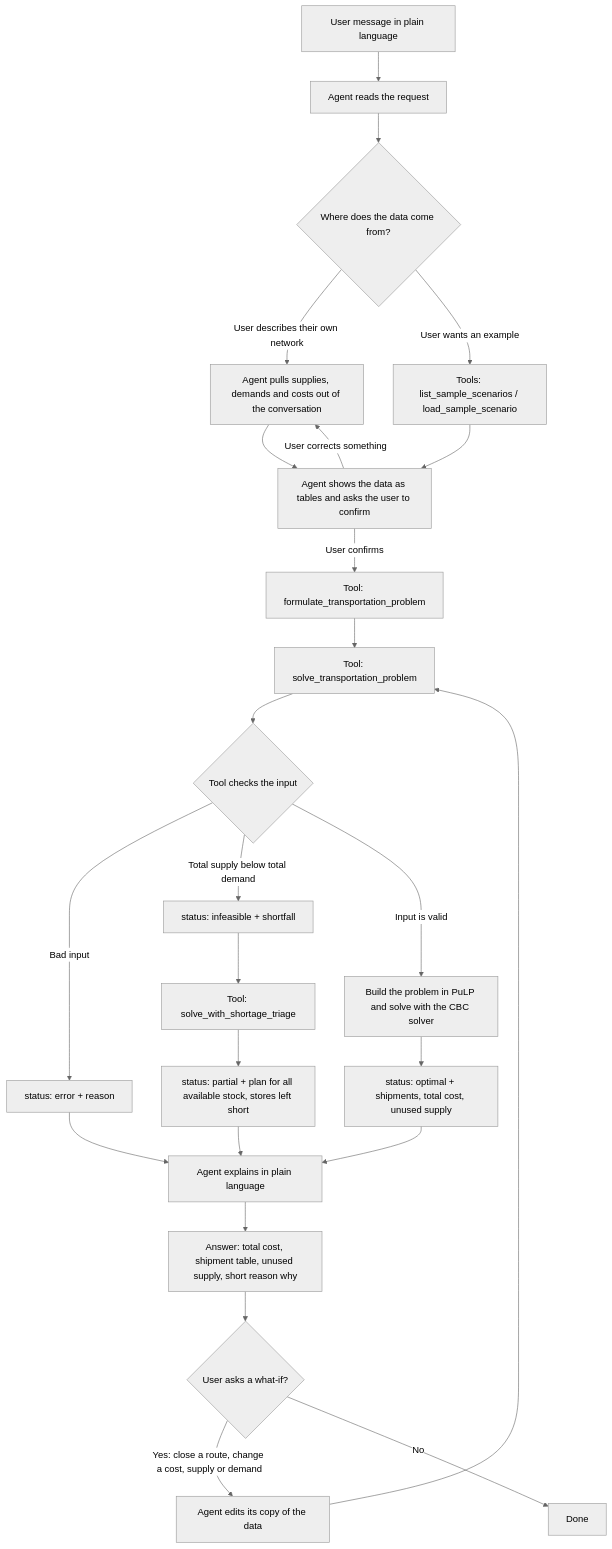
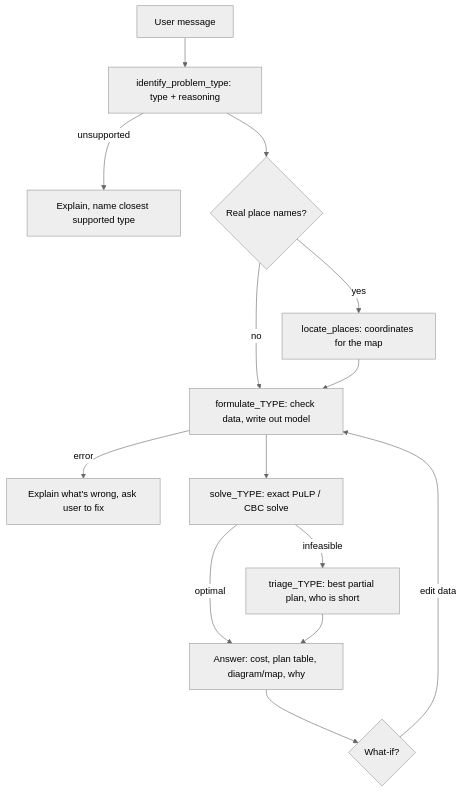
Before and after one commit to ibipul/agentic_logistic_handler: the second of 2 diagrams in README.md, drawn with Mermaid (neutral theme). The commit also changed other lines of this file and 16 other files, not shown here.

First line of the commit message:
Generalize the agent to four logistics problem types, with network diagram and map

````diff
--- a/README.md
+++ b/README.md
@@ -100,27 +155,16 @@
 ```mermaid
 flowchart TD
-    U[User message in plain language] --> A[Agent reads the request]
-    A --> D{Where does the data come from?}
-    D -->|User describes their own network| P[Agent pulls supplies, demands and costs out of the conversation]
-    D -->|User wants an example| S[Tools: list_sample_scenarios / load_sample_scenario]
-    P --> C[Agent shows the data as tables and asks the user to confirm]
-    S --> C
-    C -->|User corrects something| P
-    C -->|User confirms| F[Tool: formulate_transportation_problem]
-    F --> T[Tool: solve_transportation_problem]
-    T --> V{Tool checks the input}
-    V -->|Bad input| E[status: error + reason]
-    V -->|Total supply below total demand| I[status: infeasible + shortfall]
-    V -->|Input is valid| L[Build the problem in PuLP and solve with the CBC solver]
-    L --> R[status: optimal + shipments, total cost, unused supply]
-    I --> TR[Tool: solve_with_shortage_triage]
-    TR --> TP[status: partial + plan for all available stock, stores left short]
-    E --> X[Agent explains in plain language]
-    TP --> X
-    R --> X
-    X --> O[Answer: total cost, shipment table, unused supply, short reason why]
-    O --> W{User asks a what-if?}
-    W -->|Yes: close a route, change a cost, supply or demand| M[Agent edits its copy of the data]
-    M --> T
-    W -->|No| Z[Done]
+    U[User message] --> ID[identify_problem_type: type + reasoning]
+    ID -->|unsupported| X[Explain, name closest supported type]
+    ID --> L{Real place names?}
+    L -->|yes| LP[locate_places: coordinates for the map]
+    L -->|no| F
+    LP --> F[formulate_TYPE: check data, write out model]
+    F -->|error| E[Explain what's wrong, ask user to fix]
+    F --> S[solve_TYPE: exact PuLP / CBC solve]
+    S -->|optimal| A[Answer: cost, plan table, diagram/map, why]
+    S -->|infeasible| T[triage_TYPE: best partial plan, who is short]
+    T --> A
+    A --> W{What-if?}
+    W -->|edit data| F
 ```
````
